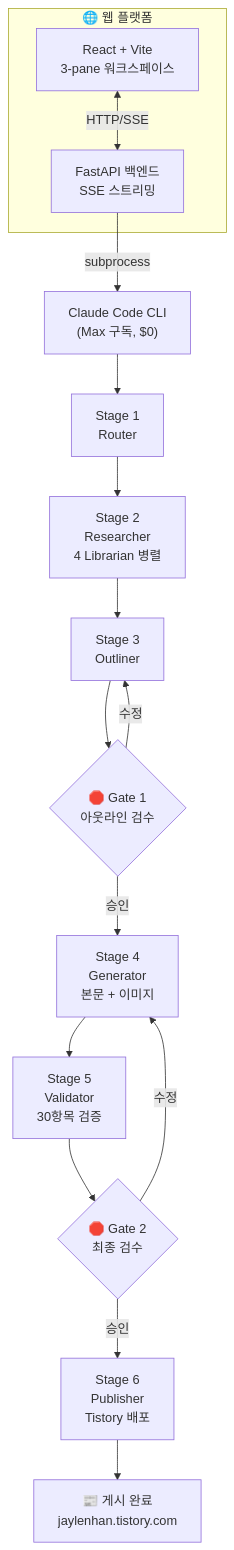
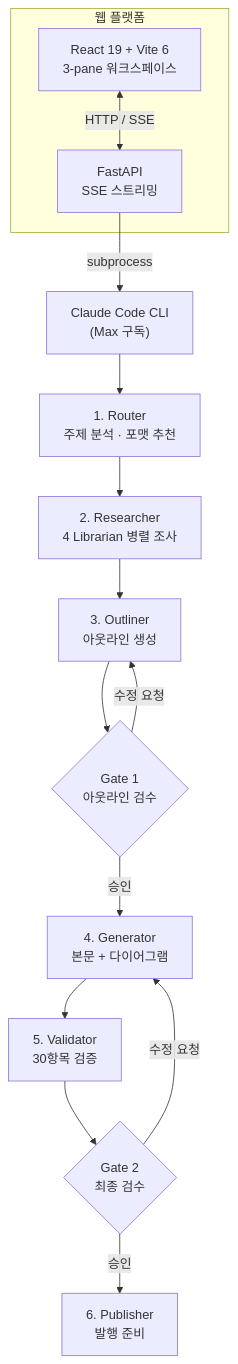
Before and after one commit to JaylenAI/blog_ai_agent: the diagram in README.md, drawn with Mermaid. The commit also changed other lines of this file and 13 other files, not shown here.

````diff
--- a/README.md
+++ b/README.md
@@ -38,22 +105,21 @@
 ```mermaid
 flowchart TD
-    subgraph Web["🌐 웹 플랫폼"]
-        FE["React + Vite\n3-pane 워크스페이스"]
-        BE["FastAPI 백엔드\nSSE 스트리밍"]
+    subgraph Web["웹 플랫폼"]
+        FE["React 19 + Vite 6<br/>3-pane 워크스페이스"]
+        BE["FastAPI<br/>SSE 스트리밍"]
     end
 
-    FE <-->|HTTP/SSE| BE
-    BE -->|subprocess| CLI["Claude Code CLI\n(Max 구독, $0)"]
+    FE <-->|HTTP / SSE| BE
+    BE -->|subprocess| CLI["Claude Code CLI<br/>(Max 구독)"]
 
-    CLI --> S1["Stage 1\nRouter"]
-    S1 --> S2["Stage 2\nResearcher\n4 Librarian 병렬"]
-    S2 --> S3["Stage 3\nOutliner"]
-    S3 --> G1{🛑 Gate 1\n아웃라인 검수}
-    G1 -->|승인| S4["Stage 4\nGenerator\n본문 + 이미지"]
-    G1 -->|수정| S3
-    S4 --> S5["Stage 5\nValidator\n30항목 검증"]
-    S5 --> G2{🛑 Gate 2\n최종 검수}
-    G2 -->|승인| S6["Stage 6\nPublisher\nTistory 배포"]
-    G2 -->|수정| S4
-    S6 --> R["📰 게시 완료\njaylenhan.tistory.com"]
+    CLI --> S1["1. Router<br/>주제 분석 · 포맷 추천"]
+    S1 --> S2["2. Researcher<br/>4 Librarian 병렬 조사"]
+    S2 --> S3["3. Outliner<br/>아웃라인 생성"]
+    S3 --> G1{Gate 1<br/>아웃라인 검수}
+    G1 -->|승인| S4["4. Generator<br/>본문 + 다이어그램"]
+    G1 -->|수정 요청| S3
+    S4 --> S5["5. Validator<br/>30항목 검증"]
+    S5 --> G2{Gate 2<br/>최종 검수}
+    G2 -->|승인| S6["6. Publisher<br/>발행 준비"]
+    G2 -->|수정 요청| S4
 ```
````
